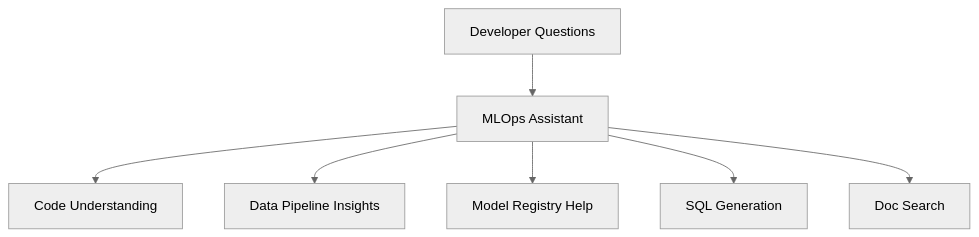
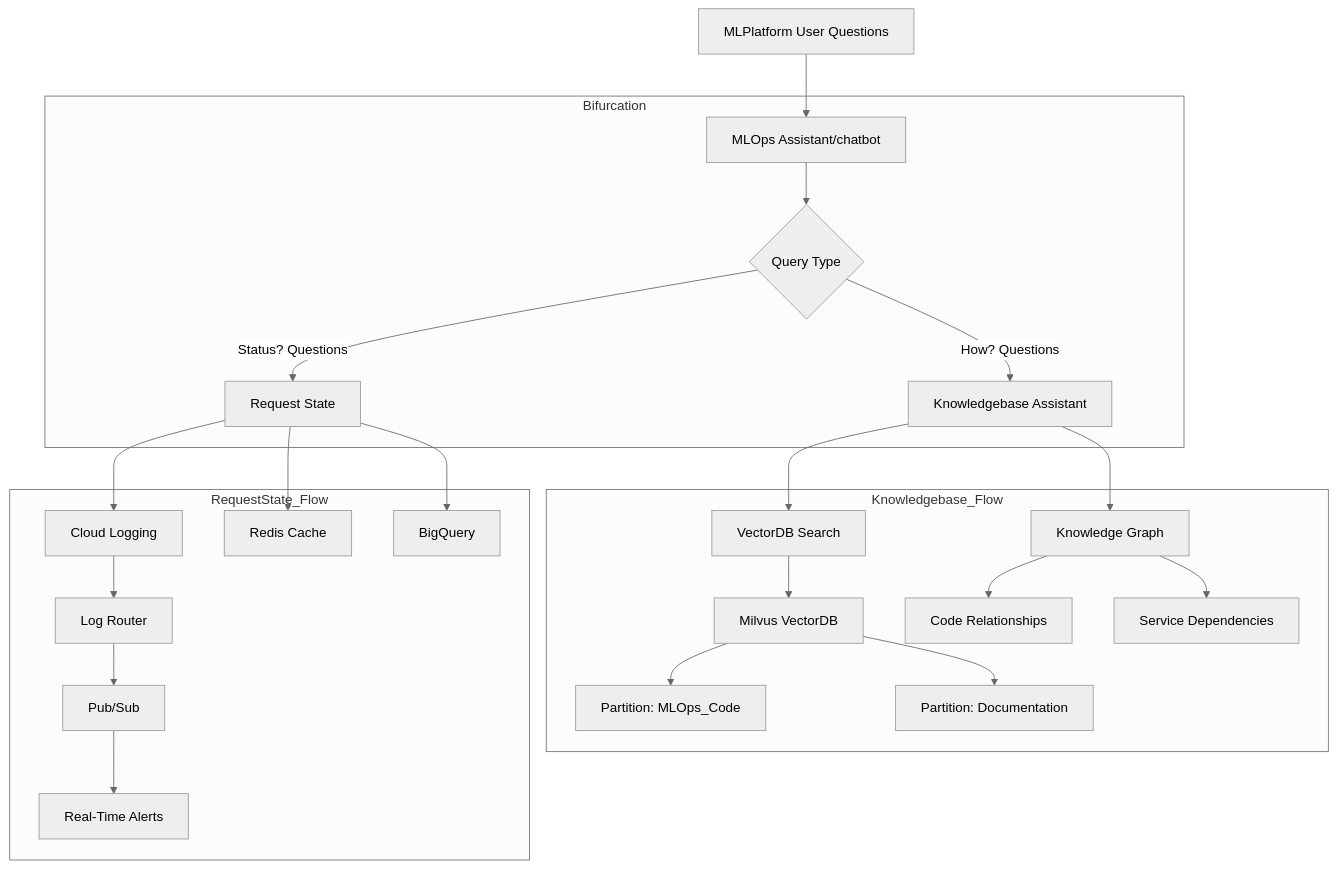
One commit to raju1stnov/my_chatbot changed the first of 11 diagrams in README.md. Above: the diagram before and after it, drawn with Mermaid (neutral theme). The commit also changed other lines of this file and 3 other files, not shown here.

````diff
--- a/README.md
+++ b/README.md
@@ -42,9 +56,29 @@
 ```mermaid
 flowchart TD
-    A[Developer Questions] --> B[MLOps Assistant]
-    B --> C[Code Understanding]
-    B --> D[Data Pipeline Insights]
-    B --> E[Model Registry Help]
-    B --> F[SQL Generation]
-    B --> G[Doc Search]
+    A[MLPlatform User Questions] --> B[MLOps Assistant/chatbot]
+  
+    subgraph Bifurcation
+        B --> C{Query Type}
+        C -->|"How?" Questions| D[Knowledgebase Assistant]
+        C -->|"Status?" Questions| E[Request State]
+    end
+  
+    subgraph Knowledgebase_Flow
+        D --> F[VectorDB Search]
+        D --> G[Knowledge Graph]
+        F --> H[Milvus VectorDB]
+        H --> I[Partition: MLOps_Code]
+        H --> J[Partition: Documentation]
+        G --> K[Code Relationships]
+        G --> L[Service Dependencies]
+    end
+  
+    subgraph RequestState_Flow
+        E --> M[Cloud Logging]
+        E --> N[Redis Cache]
+        E --> O[BigQuery]
+        M --> P[Log Router]
+        P --> Q[Pub/Sub]
+        Q --> R[Real-Time Alerts]
+    end
 ```
````
